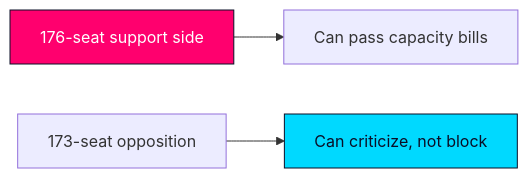
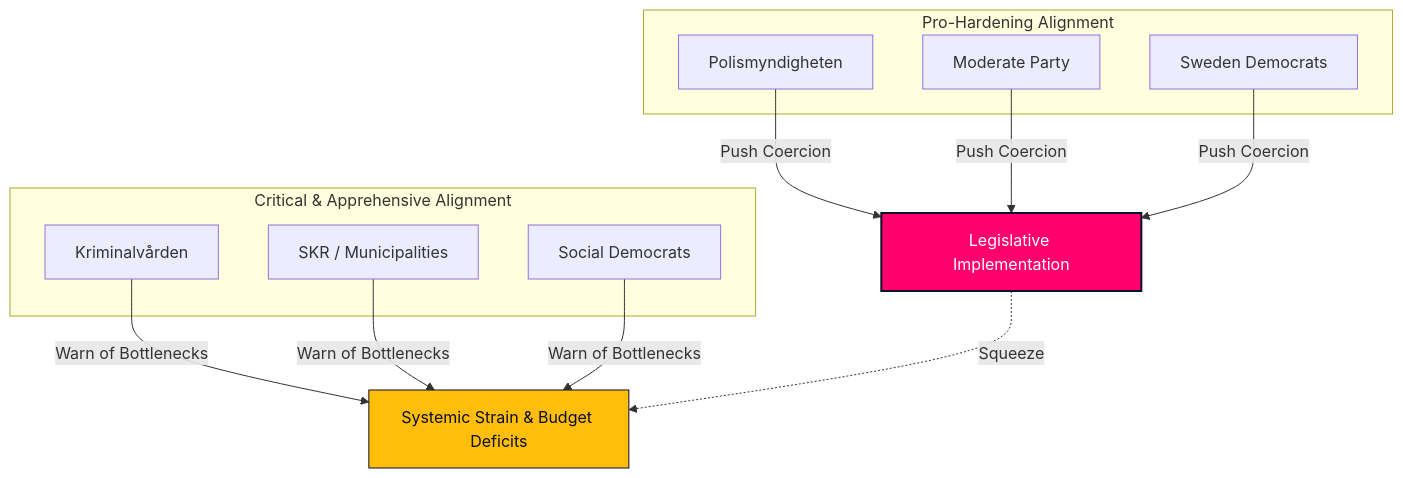
Before and after one commit to Hack23/riksdagsmonitor: the fifth of 21 diagrams in analysis/daily/2026-06-13/realtime-monitor/article.md, drawn with Mermaid. The commit also changed other lines of this file and 44 other files, not shown here.

````diff
--- a/analysis/daily/2026-06-13/realtime-monitor/article.md
+++ b/analysis/daily/2026-06-13/realtime-monitor/article.md
@@ -401,7 +641,21 @@
 ```mermaid
-flowchart LR
-  A["176-seat support side"] --> B["Can pass capacity bills"]
-  C["173-seat opposition"] --> D["Can criticize, not block"]
-  style A fill:#ff006e,stroke:#0a0e27,color:#ffffff
-  style D fill:#00d9ff,stroke:#0a0e27,color:#0a0e27
+flowchart TD
+  subgraph Pro-Hardening Alignment
+    POL["Polismyndigheten"]
+    M["Moderate Party"]
+    SD["Sweden Democrats"]
+  end
+
+  subgraph Critical & Apprehensive Alignment
+    S["Social Democrats"]
+    KRIM["Kriminalvården"]
+    MUNI["SKR / Municipalities"]
+  end
+
+  POL & M & SD -->|Push Coercion| GOV["Legislative Implementation"]
+  KRIM & MUNI & S -->|Warn of Bottlenecks| STRESS["Systemic Strain & Budget Deficits"]
+  GOV -.->|Squeeze| STRESS
+
+  style GOV fill:#ff006e,stroke:#0a0e27,color:#ffffff,stroke-width:2px
+  style STRESS fill:#ffbe0b,stroke:#0a0e27,color:#0a0e27
 ```
````
